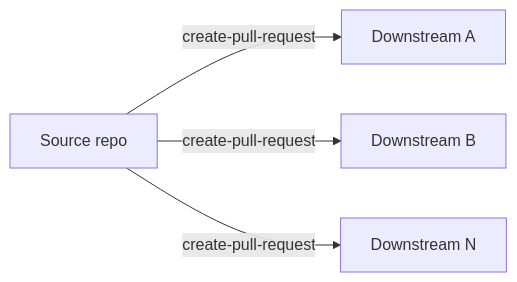
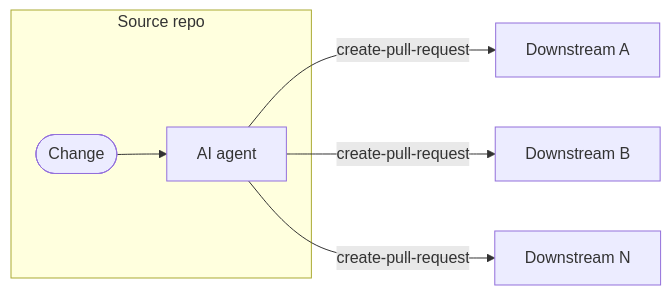
The second of 2 diagrams in docs/src/content/docs/patterns/multi-repo-ops.md (TheTechOddBug/gh-aw), drawn with Mermaid before and after one commit. The commit also changed other lines of this file and 17 other files, not shown here.

````diff
--- a/docs/src/content/docs/patterns/multi-repo-ops.md
+++ b/docs/src/content/docs/patterns/multi-repo-ops.md
@@ -155,6 +58,9 @@
 ```mermaid
 flowchart LR
-    src[Source repo] -->|create-pull-request| d1[Downstream A]
-    src -->|create-pull-request| d2[Downstream B]
-    src -->|create-pull-request| d3[Downstream N]
+    subgraph src["Source repo"]
+        event([Change]) --> agent[AI agent]
+    end
+    agent -->|create-pull-request| d1[Downstream A]
+    agent -->|create-pull-request| d2[Downstream B]
+    agent -->|create-pull-request| d3[Downstream N]
 ```
````
